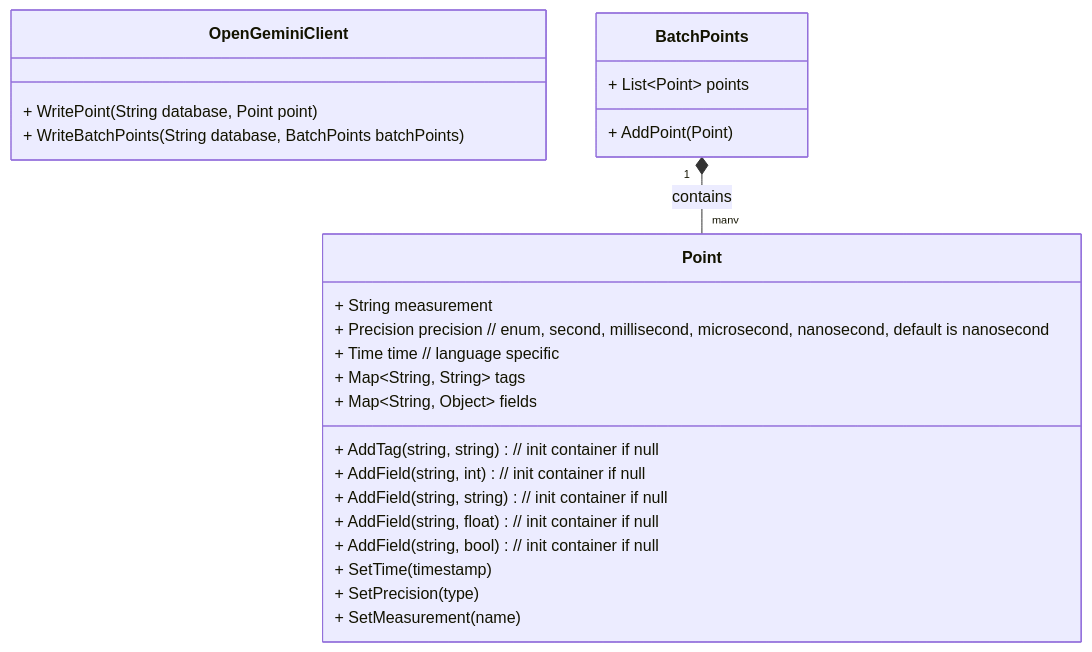
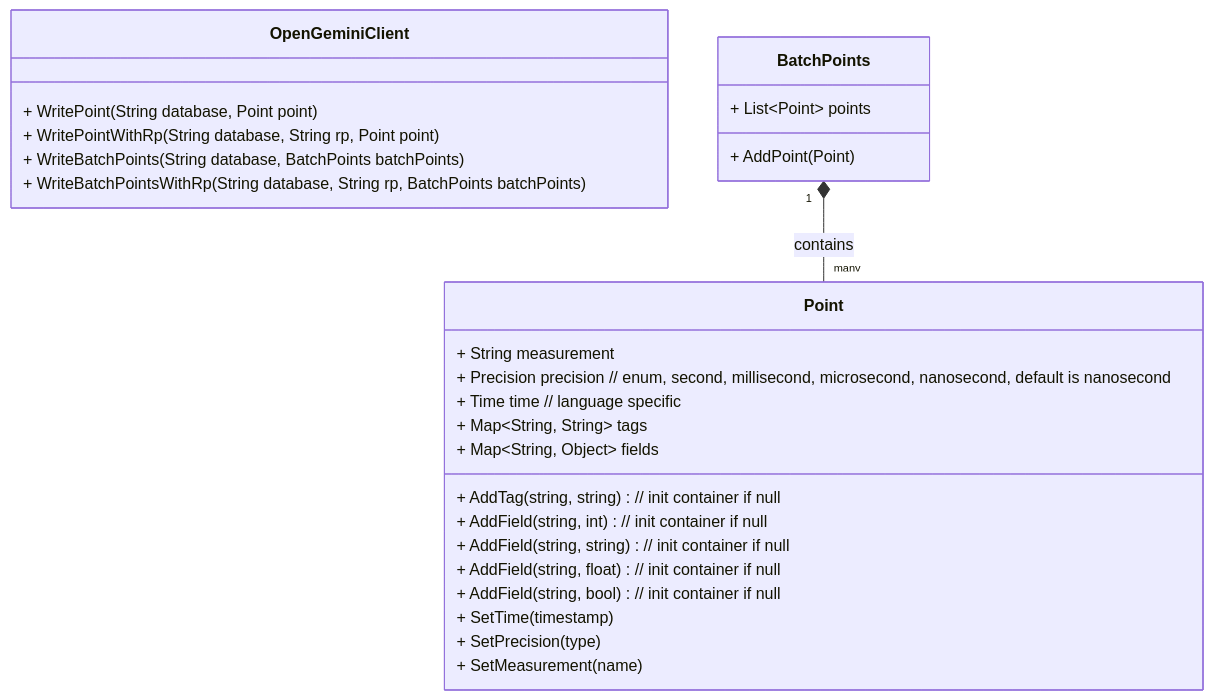
One commit to openGemini/openGemini.github.io changed the third of 8 diagrams in src/zh/guide/develop/client_design.md. Above: the diagram before and after it, drawn with Mermaid. The commit also changed 1 other file, not shown here.

Commit message:
docs: add write with rp method into opengemini client design

````diff
--- a/src/zh/guide/develop/client_design.md
+++ b/src/zh/guide/develop/client_design.md
@@ -81,29 +81,31 @@
 ```mermaid
 classDiagram
     class OpenGeminiClient {
         + WritePoint(String database, Point point)
+        + WritePointWithRp(String database, String rp, Point point)
         + WriteBatchPoints(String database, BatchPoints batchPoints)
+        + WriteBatchPointsWithRp(String database, String rp, BatchPoints batchPoints)
     }
     class BatchPoints {
         + List~Point~ points
         + AddPoint(Point)
     }
 
     class Point {
         + String measurement
         + Precision precision // enum, second, millisecond, microsecond, nanosecond, default is nanosecond
         + Time time // language specific
         + Map~String, String~ tags
         + Map~String, Object~ fields
         + AddTag(string, string) // init container if null
         + AddField(string, int) // init container if null
         + AddField(string, string) // init container if null
         + AddField(string, float) // init container if null
         + AddField(string, bool) // init container if null
         + SetTime(timestamp)
         + SetPrecision(type)
         + SetMeasurement(name)
     }
 
     BatchPoints "1" *-- "many" Point: contains
 ```
````
